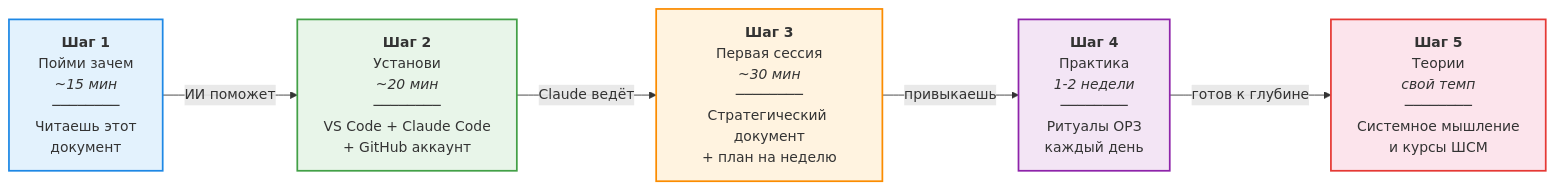
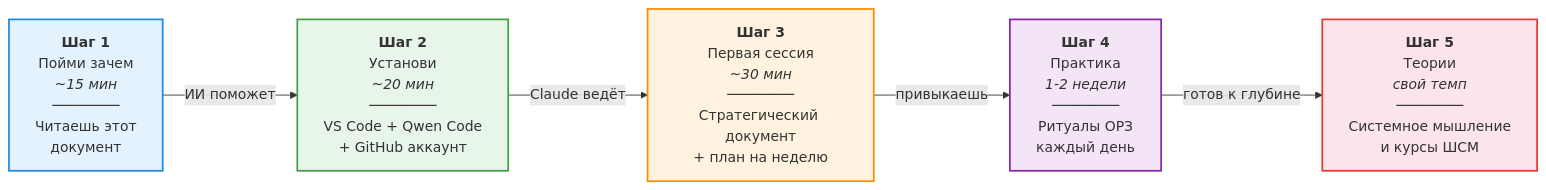
One commit to trover97/FMT-exocortex-template changed the second of 8 diagrams in docs/onboarding/onboarding-diagrams.md. Above: the diagram before and after it, drawn with Mermaid. The commit also changed other lines of this file and 210 other files, not shown here.

First line of the commit message:
feat: адаптация шаблона под Qwen Code / Windows / offline

````diff
--- a/docs/onboarding/onboarding-diagrams.md
+++ b/docs/onboarding/onboarding-diagrams.md
@@ -60,19 +60,19 @@
 ```mermaid
 graph LR
     S1["<b>Шаг 1</b><br/>Пойми зачем<br/><i>~15 мин</i><br/>────────<br/>Читаешь этот<br/>документ"]
-    S2["<b>Шаг 2</b><br/>Установи<br/><i>~20 мин</i><br/>────────<br/>VS Code + Claude Code<br/>+ GitHub аккаунт"]
+    S2["<b>Шаг 2</b><br/>Установи<br/><i>~20 мин</i><br/>────────<br/>VS Code + Qwen Code<br/>+ GitHub аккаунт"]
     S3["<b>Шаг 3</b><br/>Первая сессия<br/><i>~30 мин</i><br/>────────<br/>Стратегический документ<br/>+ план на неделю"]
     S4["<b>Шаг 4</b><br/>Практика<br/><i>1-2 недели</i><br/>────────<br/>Ритуалы ОРЗ<br/>каждый день"]
     S5["<b>Шаг 5</b><br/>Теории<br/><i>свой темп</i><br/>────────<br/>Системное мышление<br/>и курсы ШСМ"]
 
     S1 -->|"ИИ поможет"| S2
     S2 -->|"Claude ведёт"| S3
     S3 -->|"привыкаешь"| S4
     S4 -->|"готов к глубине"| S5
 
     style S1 fill:#e3f2fd,stroke:#1e88e5,stroke-width:2px
     style S2 fill:#e8f5e9,stroke:#43a047,stroke-width:2px
     style S3 fill:#fff3e0,stroke:#fb8c00,stroke-width:2px
     style S4 fill:#f3e5f5,stroke:#8e24aa,stroke-width:2px
     style S5 fill:#fce4ec,stroke:#e53935,stroke-width:2px
 ```
````
